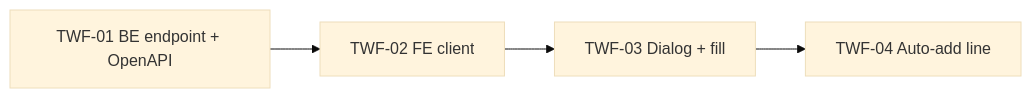
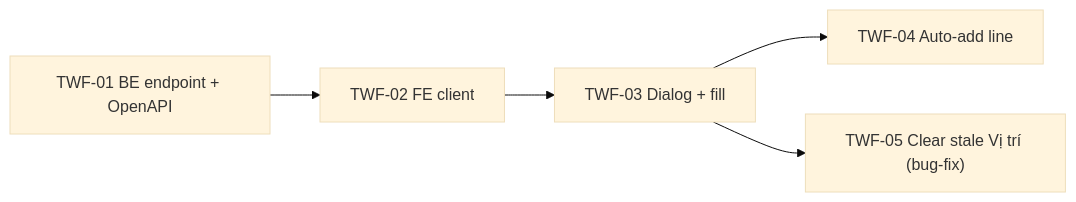
Diagram 44 of 45 in tickets/README.md (JackTran15/jack-erp), drawn with Mermaid (base theme) before and after one commit. The commit also changed other lines of this file and 44 other files, not shown here.

````diff
--- a/tickets/README.md
+++ b/tickets/README.md
@@ -1218,6 +1219,7 @@
 ```mermaid
 flowchart LR
   W1["TWF-01 BE endpoint + OpenAPI"] --> W2["TWF-02 FE client"]
   W2 --> W3["TWF-03 Dialog + fill"]
   W3 --> W4["TWF-04 Auto-add line"]
+  W3 --> W5["TWF-05 Clear stale Vị trí (bug-fix)"]
 ```
````
